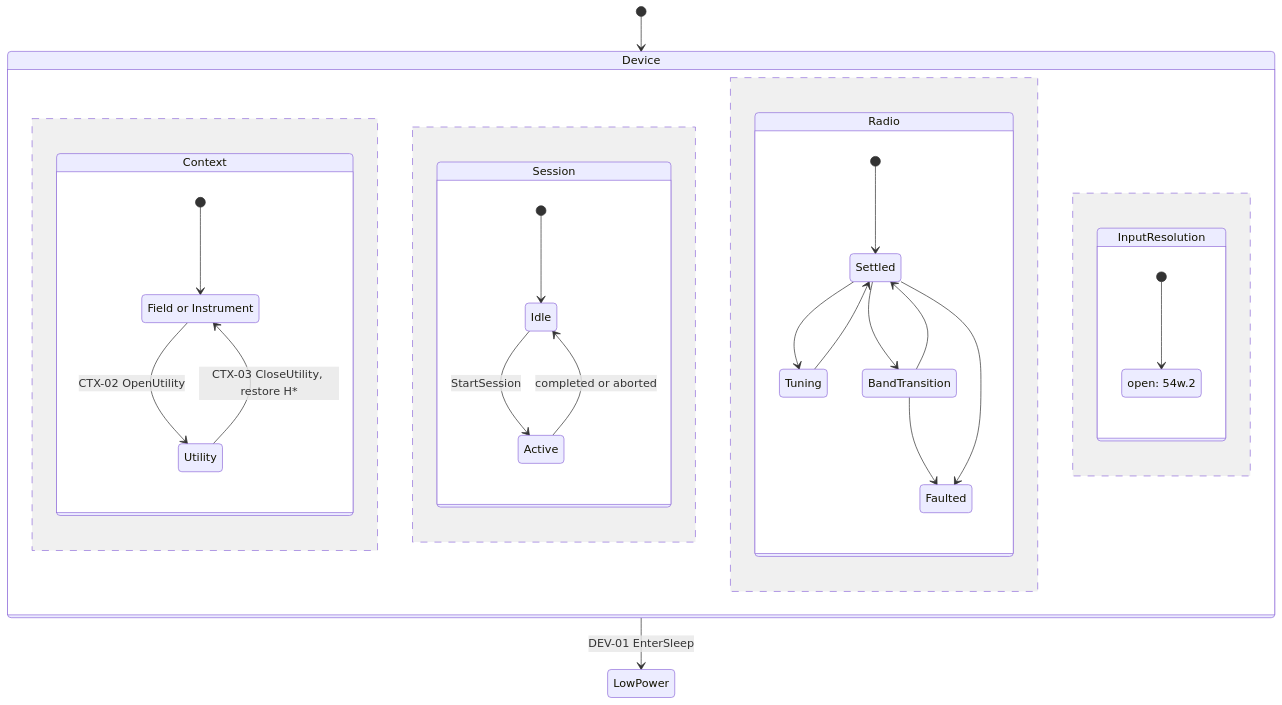
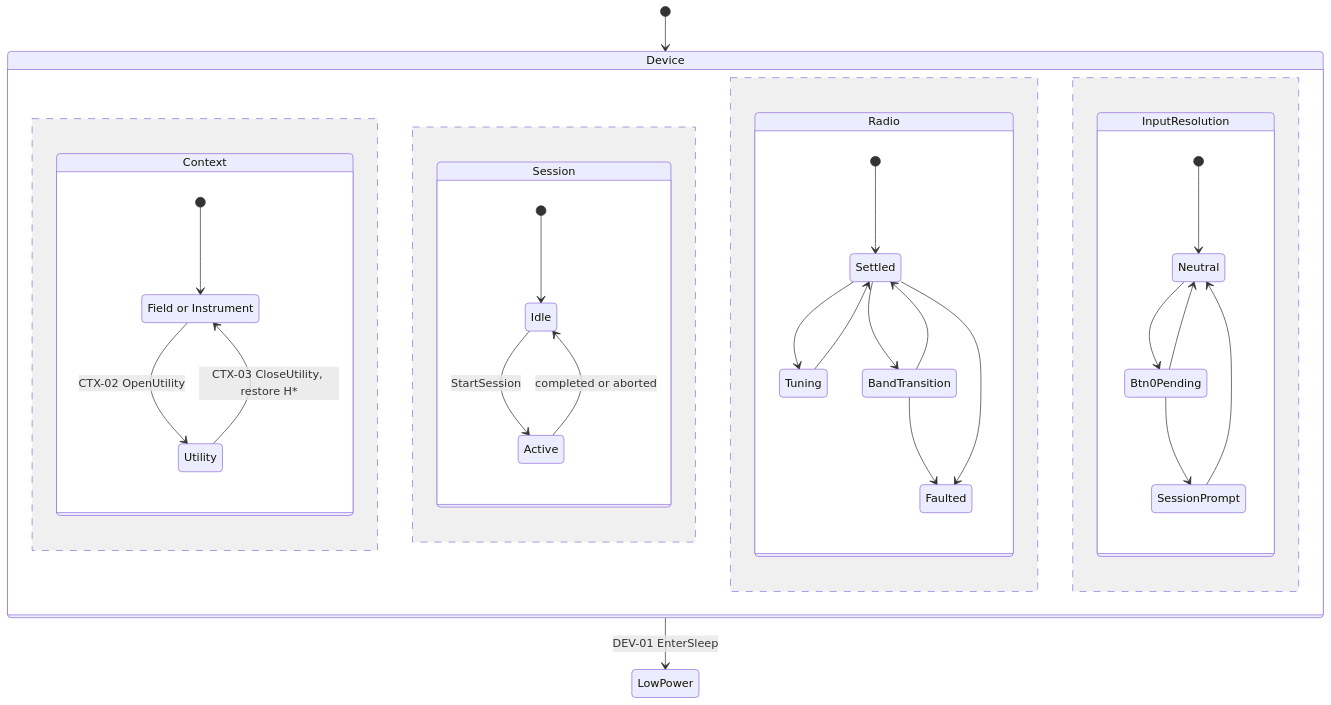
The diagram in docs/design/behavior/top-level.md (dwight9339/spooky_box_proto), drawn with Mermaid before and after one commit. The commit also changed other lines of this file and 13 other files, not shown here.

Commit message:
docs: control map to Markdown with audited changes; Button 0 session prompt, decision 0005 (54w.18, 54w.19; constitution 1.4.0)

````diff
--- a/docs/design/behavior/top-level.md
+++ b/docs/design/behavior/top-level.md
@@ -13,34 +13,37 @@
 ```mermaid
 stateDiagram-v2
     [*] --> Device
     state Device {
         state Context {
             [*] --> Operating
             Operating : Field or Instrument
             Operating --> Utility : CTX-02 OpenUtility
             Utility --> Operating : CTX-03 CloseUtility, restore H*
         }
         --
         state Session {
             [*] --> Idle
             Idle --> Active : StartSession
             Active --> Idle : completed or aborted
         }
         --
         state Radio {
             [*] --> Settled
             Settled --> Tuning
             Tuning --> Settled
             Settled --> BandTransition
             BandTransition --> Settled
             BandTransition --> Faulted
             Settled --> Faulted
         }
         --
         state InputResolution {
-            [*] --> InputDetail
-            state "open: 54w.2" as InputDetail
+            [*] --> Neutral
+            Neutral --> Btn0Pending
+            Btn0Pending --> Neutral
+            Btn0Pending --> SessionPrompt
+            SessionPrompt --> Neutral
         }
     }
     Device --> LowPower : DEV-01 EnterSleep
 ```
````
